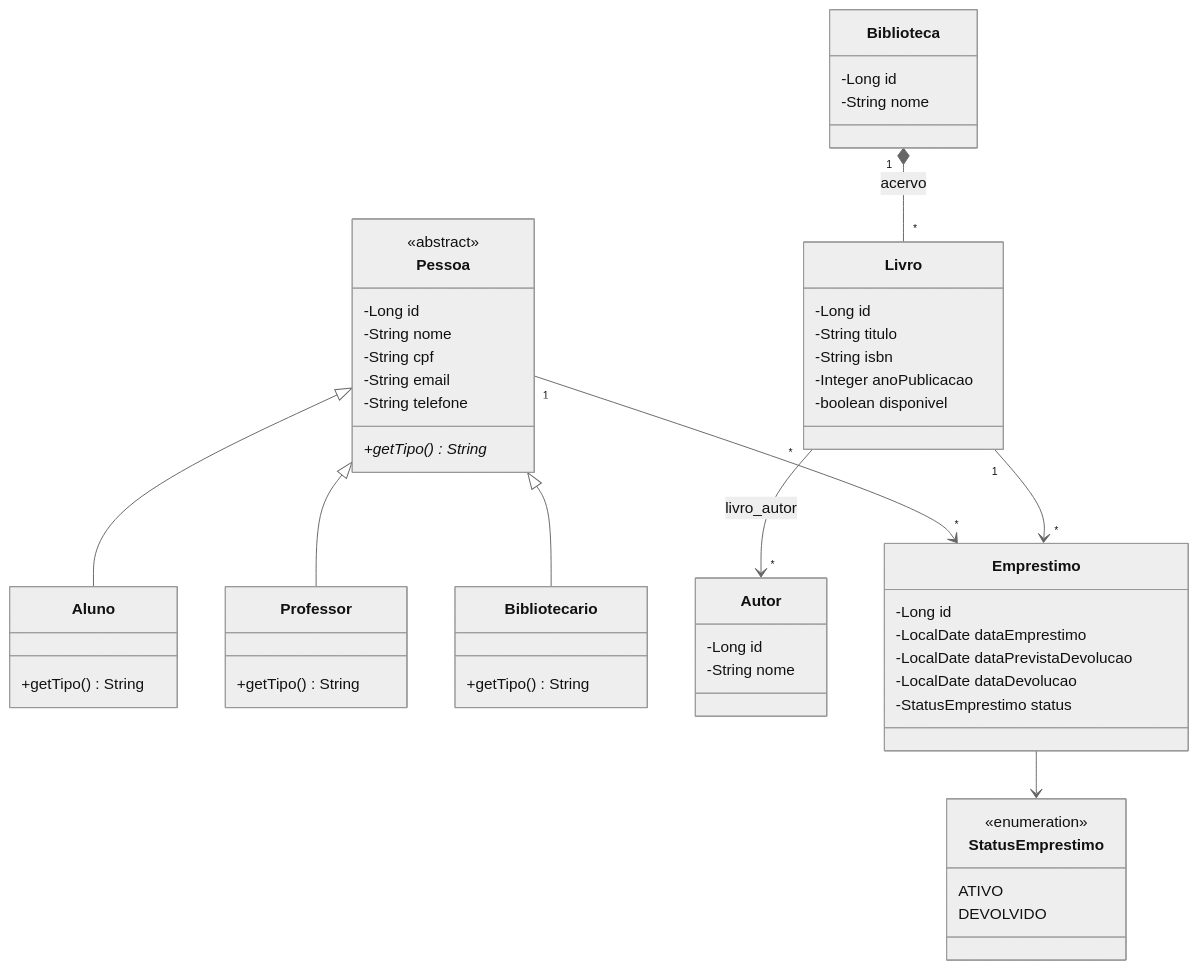
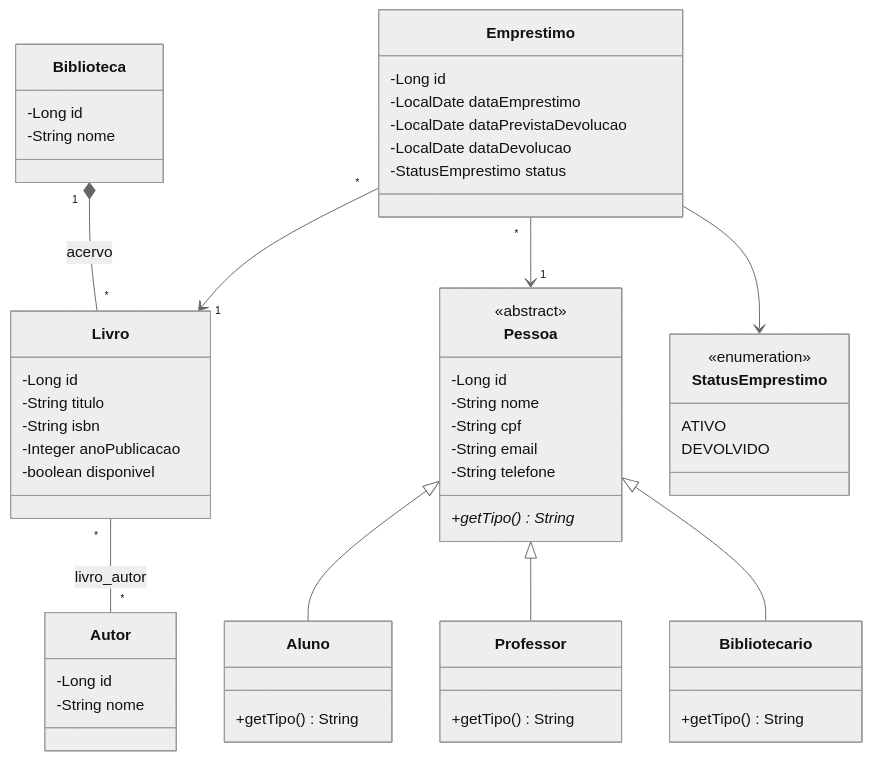
Before and after one commit to gianluccapimentel/trabalhoAEP2026.2: the diagram in docs/diagrama-classes/diagrama-classes.md, drawn with Mermaid (neutral theme). The commit also changed 11 other files, not shown here.

First line of the commit message:
docs: revisa DER e schema da primeira entrega

````diff
--- a/docs/diagrama-classes/diagrama-classes.md
+++ b/docs/diagrama-classes/diagrama-classes.md
@@ -5,56 +5,56 @@
 ```mermaid
 classDiagram
     class Biblioteca {
         -Long id
         -String nome
     }
     class Pessoa {
         <<abstract>>
         -Long id
         -String nome
         -String cpf
         -String email
         -String telefone
         +getTipo()* String
     }
     class Aluno {
         +getTipo() String
     }
     class Professor {
         +getTipo() String
     }
     class Bibliotecario {
         +getTipo() String
     }
     class Livro {
         -Long id
         -String titulo
         -String isbn
         -Integer anoPublicacao
         -boolean disponivel
     }
     class Autor {
         -Long id
         -String nome
     }
     class Emprestimo {
         -Long id
         -LocalDate dataEmprestimo
         -LocalDate dataPrevistaDevolucao
         -LocalDate dataDevolucao
         -StatusEmprestimo status
     }
     class StatusEmprestimo {
         <<enumeration>>
         ATIVO
         DEVOLVIDO
     }
     Pessoa <|-- Aluno
     Pessoa <|-- Professor
     Pessoa <|-- Bibliotecario
     Biblioteca "1" *-- "*" Livro : acervo
-    Livro "*" --> "*" Autor : livro_autor
-    Pessoa "1" --> "*" Emprestimo
-    Livro "1" --> "*" Emprestimo
+    Livro "*" -- "*" Autor : livro_autor
+    Emprestimo "*" --> "1" Pessoa
+    Emprestimo "*" --> "1" Livro
     Emprestimo --> StatusEmprestimo
 ```
````
